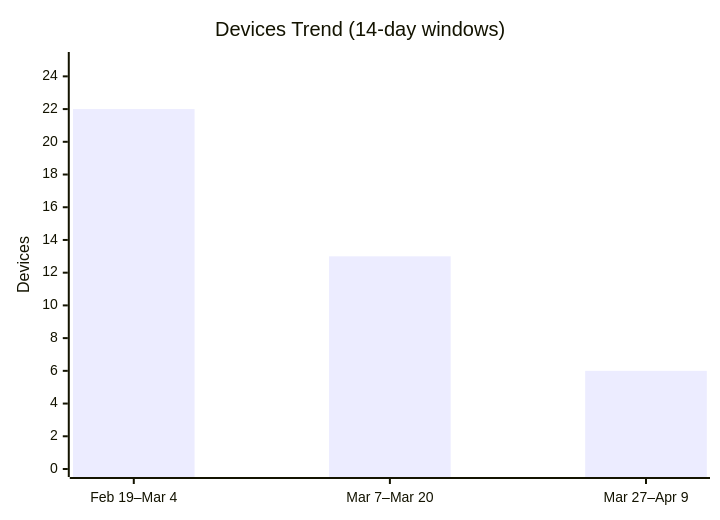
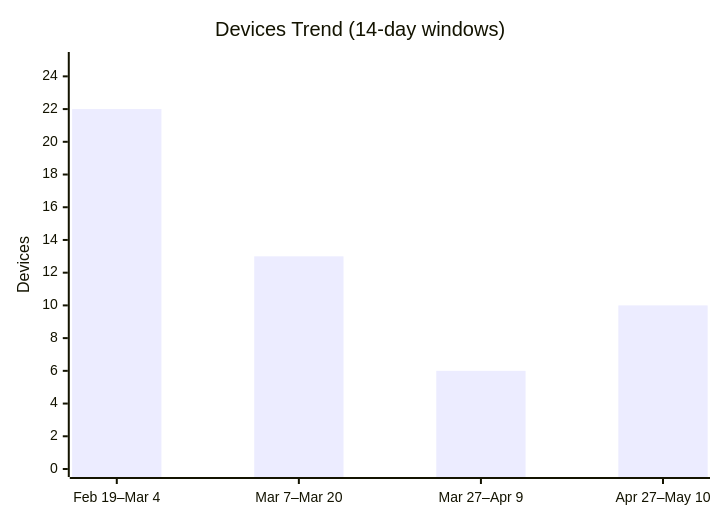
Before and after one commit to thrustCoder/gamer-uncle: the first of 3 diagrams in docs/telemetry/usage_analytics.md, drawn with Mermaid. The commit also changed other lines of this file and 50 other files, not shown here.

````diff
--- a/docs/telemetry/usage_analytics.md
+++ b/docs/telemetry/usage_analytics.md
@@ -22,7 +23,7 @@
 ```mermaid
 xychart-beta
     title "Devices Trend (14-day windows)"
-    x-axis ["Feb 19–Mar 4", "Mar 7–Mar 20", "Mar 27–Apr 9"]
+    x-axis ["Feb 19–Mar 4", "Mar 7–Mar 20", "Mar 27–Apr 9", "Apr 27–May 10"]
     y-axis "Devices" 0 --> 25
-    bar [22, 13, 6]
+    bar [22, 13, 6, 10]
 ```
````
